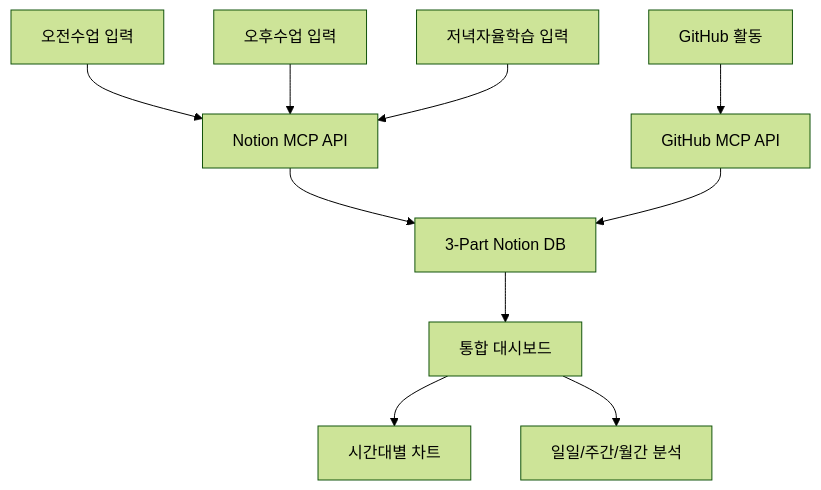
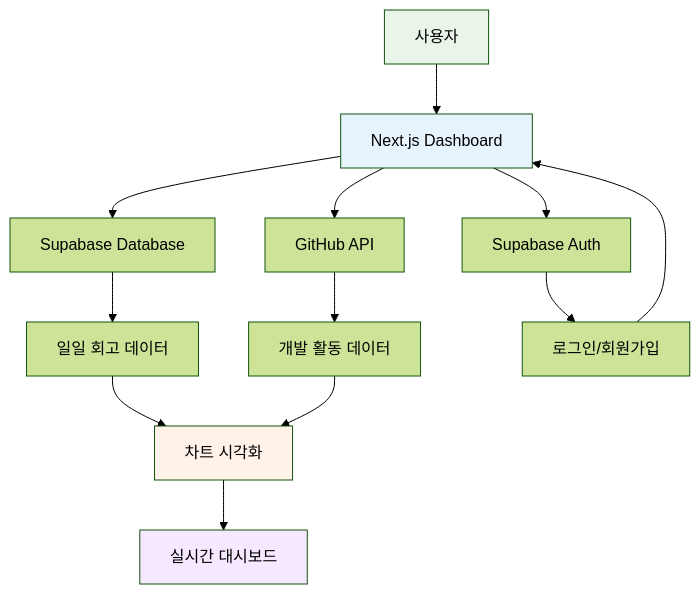
Before and after one commit to positivemultiplier/LG_DX_SCHOOL: the second of 4 diagrams in README.md, drawn with Mermaid (forest theme). The commit also changed other lines of this file, not shown here.

Commit message:
docs: README.md 업데이트 및 시각화/성과/기여 가이드 추가 (2025.07.13)

````diff
--- a/README.md
+++ b/README.md
@@ -13,11 +106,22 @@
 ```mermaid
 flowchart TD
-    A[오전수업 입력] --> B[Notion MCP API]
-    C[오후수업 입력] --> B
-    D[저녁자율학습 입력] --> B
-    E[GitHub 활동] --> F[GitHub MCP API]
-    B & F --> G[3-Part Notion DB]
-    G --> H[통합 대시보드]
-    H --> I[시간대별 차트]
-    H --> J[일일/주간/월간 분석]
+    A[사용자] --> B[Next.js Dashboard]
+    B --> C[Supabase Auth]
+    B --> D[Supabase Database]
+    B --> E[GitHub API]
+    
+    D --> F[일일 회고 데이터]
+    E --> G[개발 활동 데이터]
+    
+    F --> H[차트 시각화]
+    G --> H
+    H --> I[실시간 대시보드]
+    
+    C --> J[로그인/회원가입]
+    J --> B
+    
+    style A fill:#E8F5E8
+    style B fill:#E8F4FD
+    style H fill:#FFF2E8
+    style I fill:#F5E8FF
 ```
````
